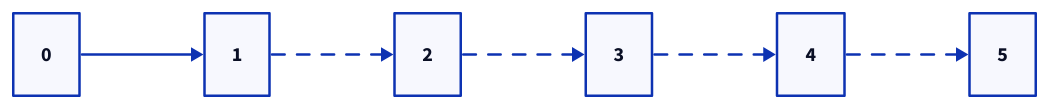
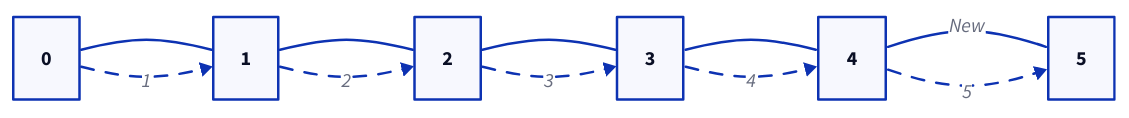
The second of 3 diagrams in Writerside/topics/dinamic-array.md (jesus-castro89/pavanzada), drawn with D2 before and after one commit. The commit also changed other lines of this file and 1 other file, not shown here.

````diff
--- a/Writerside/topics/dinamic-array.md
+++ b/Writerside/topics/dinamic-array.md
@@ -69,5 +71,12 @@
 ```d2
 direction: right
-0 -> 1
-1 -> 2 -> 3 -> 4 -> 5: {style: {animated: true}}
+
+0 -- 1 -- 2 -- 3 -- 4
+4 -- 5: "New"
+
+0 -> 1:1 {style: {animated: true}}
+1 -> 2:2 {style: {animated: true}}
+2 -> 3:3 {style: {animated: true}}
+3 -> 4:4 {style: {animated: true}}
+4 -> 5:5 {style: {animated: true}}
 ```
````
